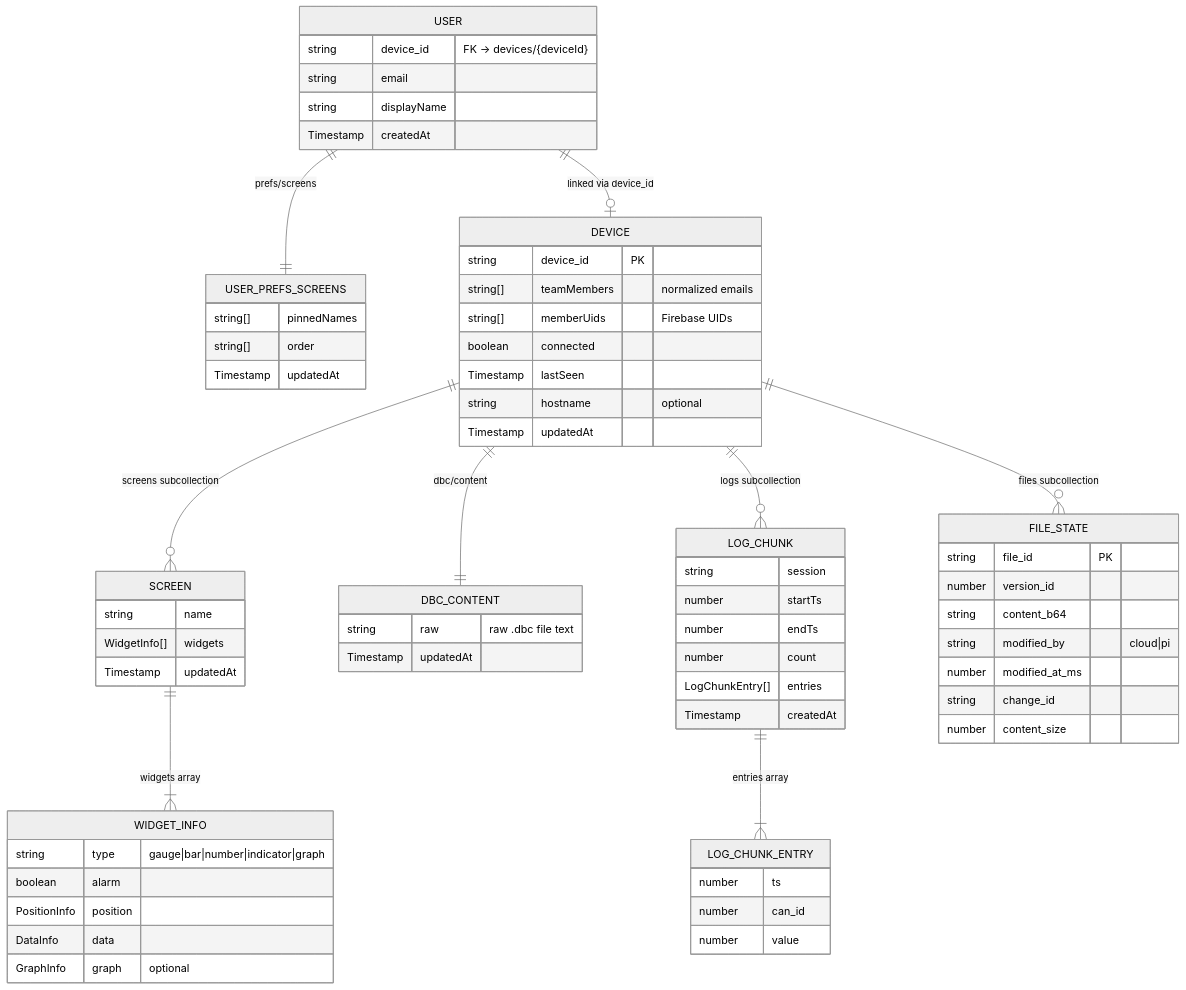
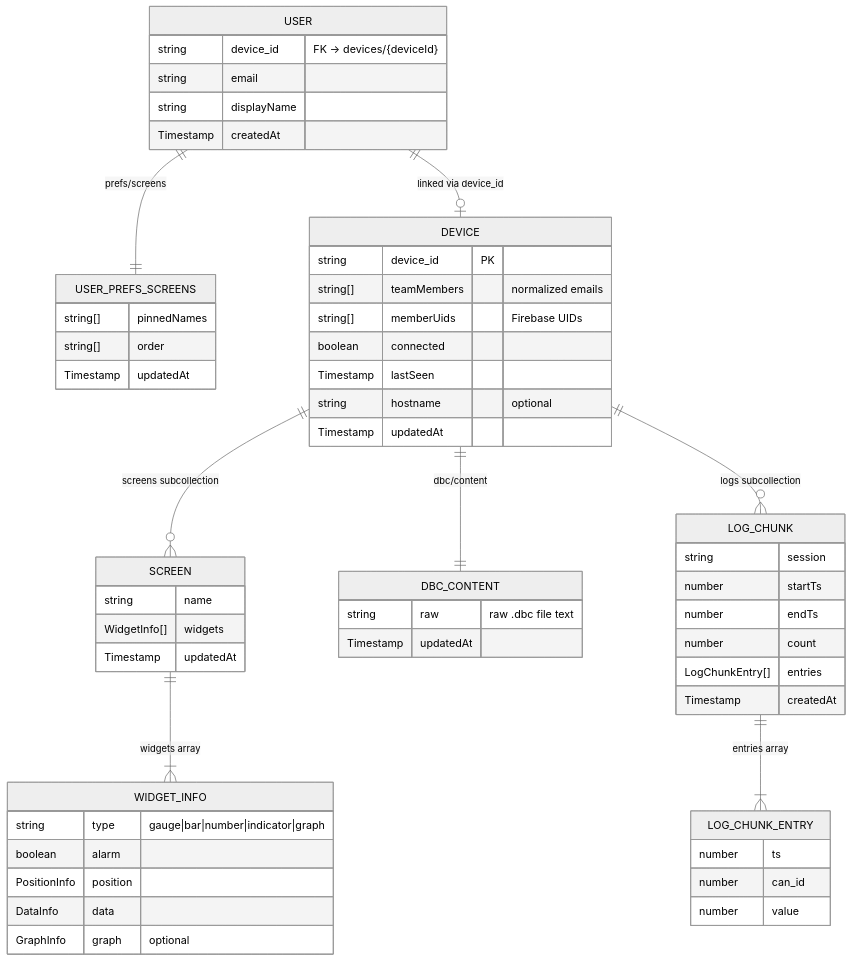
Before and after one commit to evilspoon13/track-web: the diagram in documentation/data-model.md, drawn with Mermaid (neutral theme). The commit also changed other lines of this file and 10 other files, not shown here.

````diff
--- a/documentation/data-model.md
+++ b/documentation/data-model.md
@@ -7,78 +7,67 @@
 ```mermaid
 erDiagram
     USER {
         string device_id "FK → devices/{deviceId}"
         string email
         string displayName
         Timestamp createdAt
     }
 
     USER_PREFS_SCREENS {
         string[] pinnedNames
         string[] order
         Timestamp updatedAt
     }
 
     DEVICE {
         string device_id PK
         string[] teamMembers "normalized emails"
         string[] memberUids "Firebase UIDs"
         boolean connected
         Timestamp lastSeen
         string hostname "optional"
         Timestamp updatedAt
     }
 
     SCREEN {
         string name
         WidgetInfo[] widgets
         Timestamp updatedAt
     }
 
     DBC_CONTENT {
         string raw "raw .dbc file text"
         Timestamp updatedAt
     }
 
     LOG_CHUNK {
         string session
         number startTs
         number endTs
         number count
         LogChunkEntry[] entries
         Timestamp createdAt
     }
 
-    FILE_STATE {
-        string file_id PK
-        number version_id
-        string content_b64
-        string modified_by "cloud|pi"
-        number modified_at_ms
-        string change_id
-        number content_size
-    }
-
     WIDGET_INFO {
         string type "gauge|bar|number|indicator|graph"
         boolean alarm
         PositionInfo position
         DataInfo data
         GraphInfo graph "optional"
     }
 
     LOG_CHUNK_ENTRY {
         number ts
         number can_id
         number value
     }
 
     USER ||--o| DEVICE : "linked via device_id"
     USER ||--|| USER_PREFS_SCREENS : "prefs/screens"
     DEVICE ||--o{ SCREEN : "screens subcollection"
     DEVICE ||--|| DBC_CONTENT : "dbc/content"
     DEVICE ||--o{ LOG_CHUNK : "logs subcollection"
-    DEVICE ||--o{ FILE_STATE : "files subcollection"
     SCREEN ||--|{ WIDGET_INFO : "widgets array"
     LOG_CHUNK ||--|{ LOG_CHUNK_ENTRY : "entries array"
 ```
````
